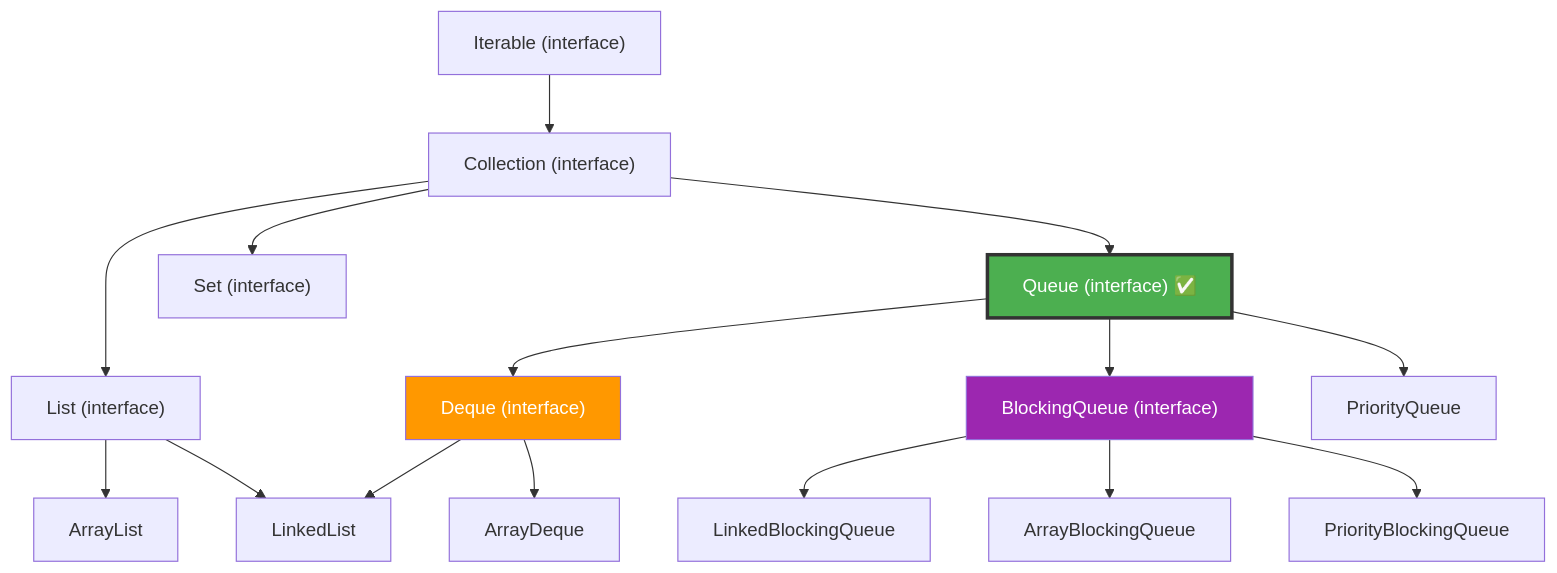
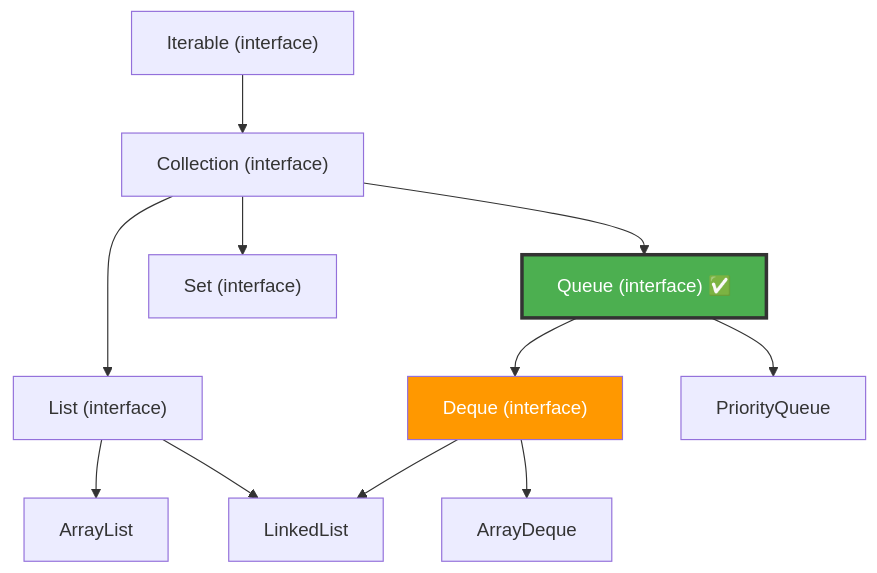
Before and after one commit to SanketH17/Java-Collection-Framework-Complete-Notes: the diagram in Queue/Queue-Notes.md, drawn with Mermaid. The commit also changed other lines of this file, not shown here.

````diff
--- a/Queue/Queue-Notes.md
+++ b/Queue/Queue-Notes.md
@@ -152,39 +137,29 @@
 ```mermaid
 graph TD
     Iterable["Iterable (interface)"]
     Collection["Collection (interface)"]
     List["List (interface)"]
     Queue["Queue (interface) ✅"]
     Set["Set (interface)"]
     Deque["Deque (interface)"]
-    BQ["BlockingQueue (interface)"]
 
     AL["ArrayList"]
     LL["LinkedList"]
     PQ["PriorityQueue"]
     AD["ArrayDeque"]
-    LBQ["LinkedBlockingQueue"]
-    ABQ["ArrayBlockingQueue"]
-    PBQ["PriorityBlockingQueue"]
 
     Iterable --> Collection
     Collection --> List
     Collection --> Queue
     Collection --> Set
     Queue --> Deque
-    Queue --> BQ
     Queue --> PQ
 
     List --> AL
     List --> LL
     Deque --> LL
     Deque --> AD
 
-    BQ --> LBQ
-    BQ --> ABQ
-    BQ --> PBQ
-
     style Queue fill:#4CAF50,stroke:#333,stroke-width:3px,color:#fff
     style Deque fill:#FF9800,color:#fff
-    style BQ fill:#9C27B0,color:#fff
 ```
````
